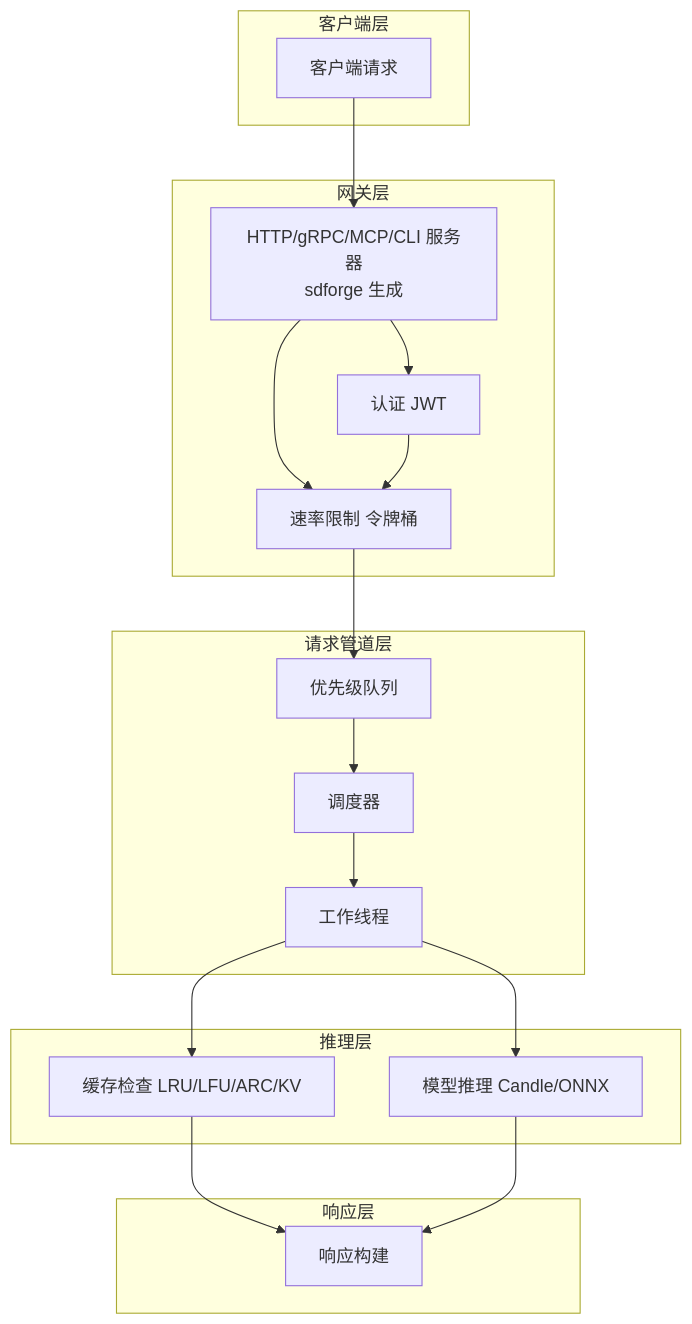
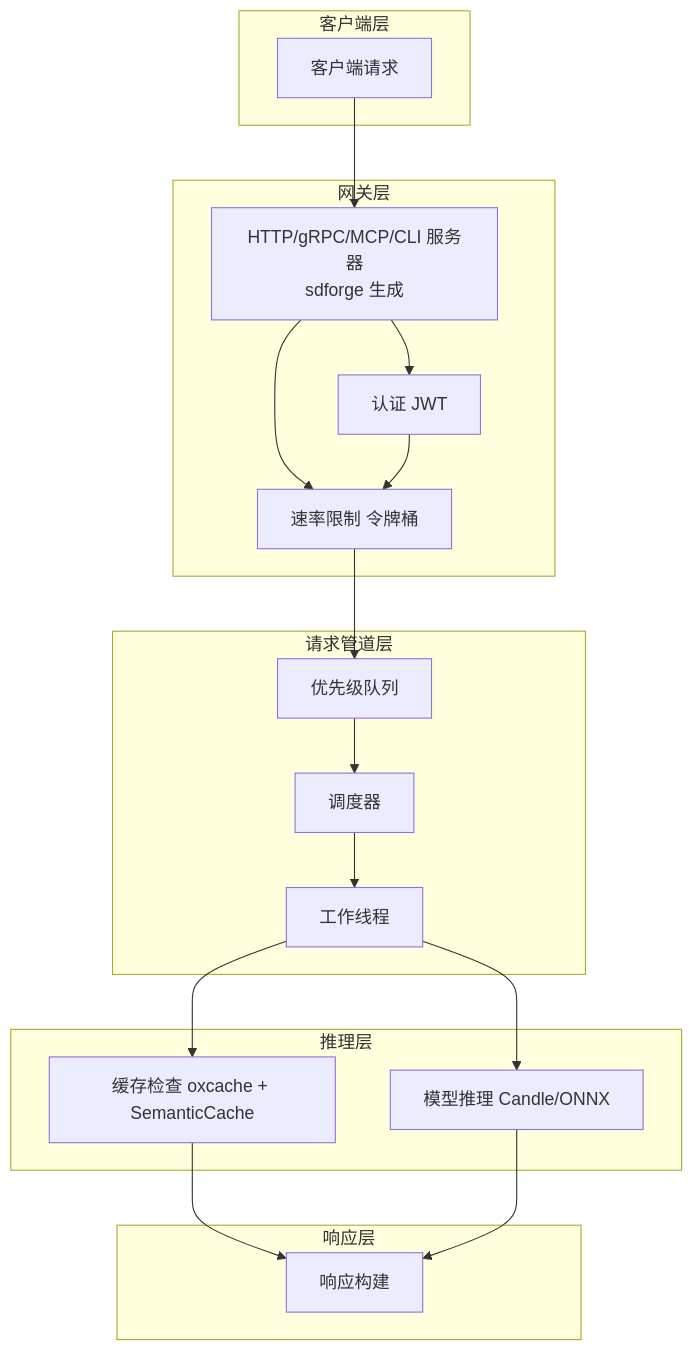
One commit to Kirky-X/vecboost changed the second of 7 diagrams in docs/ARCHITECTURE_zh.md. Above: the diagram before and after it, drawn with Mermaid. The commit also changed other lines of this file and 6 other files, not shown here.

````diff
--- a/docs/ARCHITECTURE_zh.md
+++ b/docs/ARCHITECTURE_zh.md
@@ -271,42 +283,42 @@
 ```mermaid
 graph TB
     subgraph Client["客户端层"]
         ClientReq[客户端请求]
     end
 
     subgraph Gateway["网关层"]
         Server[HTTP/gRPC/MCP/CLI 服务器<br/>sdforge 生成]
         Auth[认证 JWT]
         RateLim[速率限制 令牌桶]
     end
 
     subgraph Pipeline["请求管道层"]
         PriorityQueue[优先级队列]
         Scheduler[调度器]
         Workers[工作线程]
     end
 
     subgraph Inference["推理层"]
-        CacheCheck[缓存检查 LRU/LFU/ARC/KV]
+        CacheCheck[缓存检查 oxcache + SemanticCache]
         ModelInference[模型推理 Candle/ONNX]
     end
 
     subgraph Response["响应层"]
         ResponseBuilder[响应构建]
     end
 
     ClientReq --> Server
     Server --> Auth
     Server --> RateLim
     Auth --> RateLim
 
     RateLim --> PriorityQueue
     PriorityQueue --> Scheduler
     Scheduler --> Workers
 
     Workers --> CacheCheck
     Workers --> ModelInference
 
     CacheCheck --> ResponseBuilder
     ModelInference --> ResponseBuilder
 ```
````
